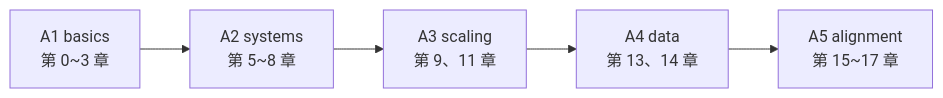
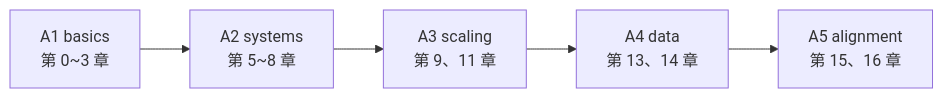
The diagram in docs/chapters/appendix-a-assignments.md (LeeGerry/CS336), drawn with Mermaid before and after one commit. The commit also changed other lines of this file and 19 other files, not shown here.

````diff
--- a/docs/chapters/appendix-a-assignments.md
+++ b/docs/chapters/appendix-a-assignments.md
@@ -424,7 +424,7 @@
 ```mermaid
 flowchart LR
   A1["A1 basics<br/>第 0~3 章"] --> A2["A2 systems<br/>第 5~8 章"]
   A2 --> A3["A3 scaling<br/>第 9、11 章"]
   A3 --> A4["A4 data<br/>第 13、14 章"]
-  A4 --> A5["A5 alignment<br/>第 15~17 章"]
+  A4 --> A5["A5 alignment<br/>第 15、16 章"]
 ```
````
